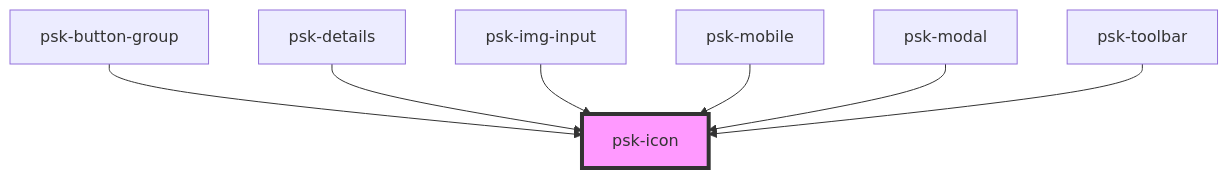
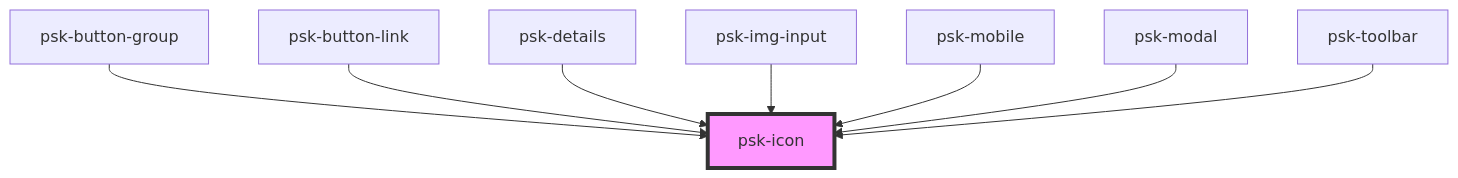
One commit to daniel-visoiu/cardinal changed the diagram in src/components/psk-icon/readme.md. Above: the diagram before and after it, drawn with Mermaid. The commit also changed other lines of this file and 7 other files, not shown here.

````diff
--- a/src/components/psk-icon/readme.md
+++ b/src/components/psk-icon/readme.md
@@ -30,10 +31,11 @@
 ```mermaid
 graph TD;
   psk-button-group --> psk-icon
+  psk-button-link --> psk-icon
   psk-details --> psk-icon
   psk-img-input --> psk-icon
   psk-mobile --> psk-icon
   psk-modal --> psk-icon
   psk-toolbar --> psk-icon
   style psk-icon fill:#f9f,stroke:#333,stroke-width:4px
 ```
````
